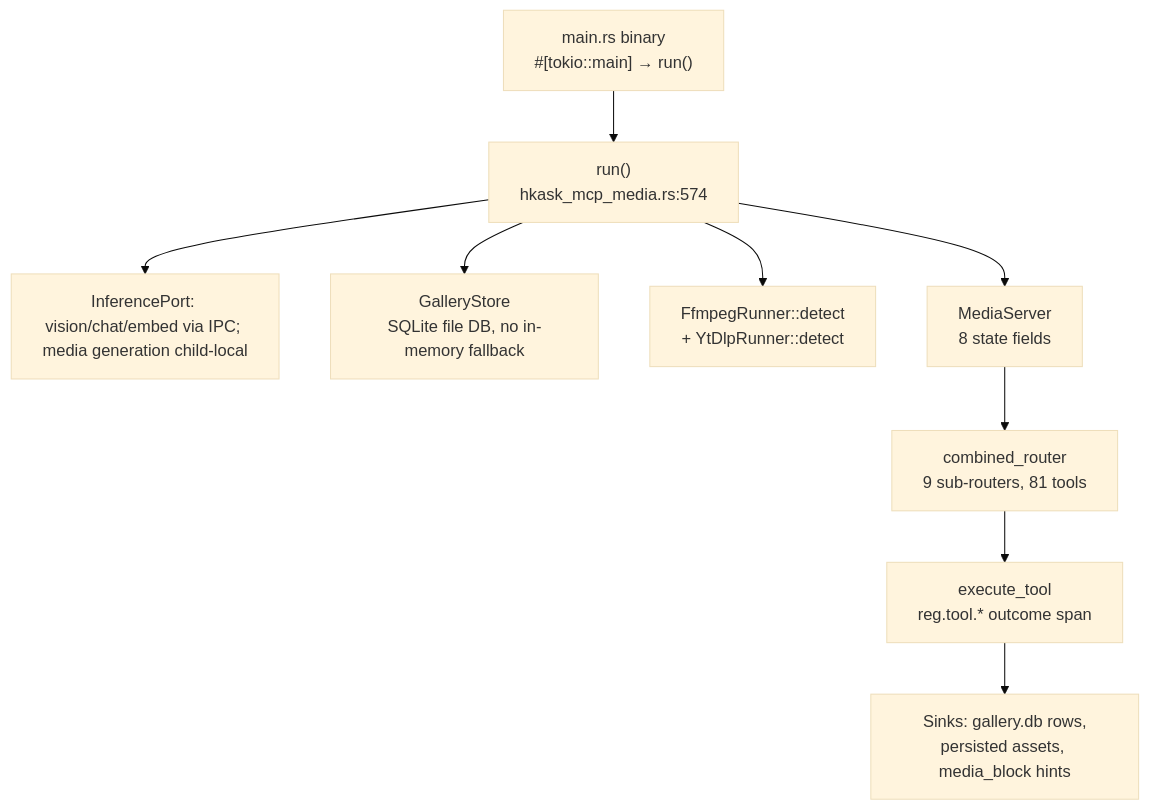
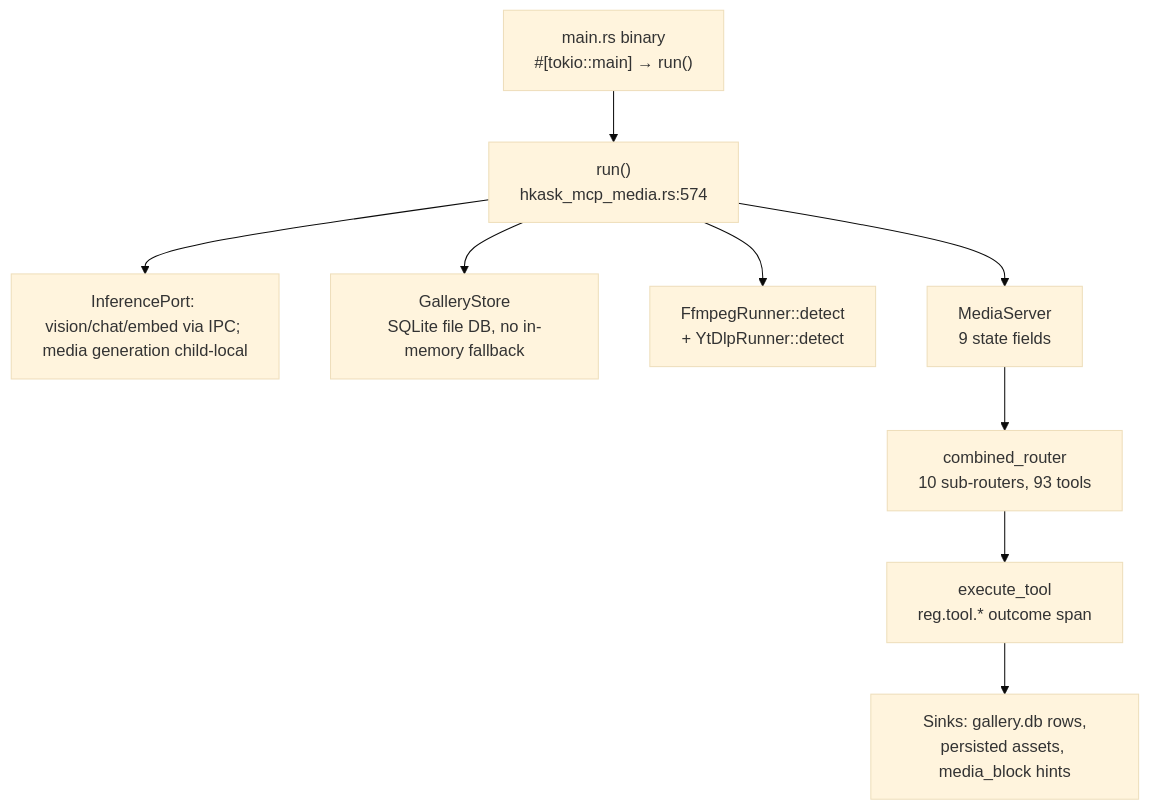
One commit to mdz-axo/zed-kask changed the diagram in kask/docs/reference/mcp-servers/media.md. Above: the diagram before and after it, drawn with Mermaid (base theme). The commit also changed other lines of this file and 6 other files, not shown here.

````diff
--- a/kask/docs/reference/mcp-servers/media.md
+++ b/kask/docs/reference/mcp-servers/media.md
@@ -24,21 +23,21 @@
 ```mermaid
 flowchart TD
     binary["main.rs binary<br/>#[tokio::main] → run()"]
     run["run()<br/>hkask_mcp_media.rs:574"]
     port["InferencePort: vision/chat/embed via IPC; media generation child-local"]
     db["GalleryStore<br/>SQLite file DB, no in-memory fallback"]
     ffmpeg["FfmpegRunner::detect<br/>+ YtDlpRunner::detect"]
-    server["MediaServer<br/>8 state fields"]
-    router["combined_router<br/>9 sub-routers, 81 tools"]
+    server["MediaServer<br/>9 state fields"]
+    router["combined_router<br/>10 sub-routers, 93 tools"]
     dispatch["execute_tool<br/>reg.tool.* outcome span"]
     sinks["Sinks: gallery.db rows,<br/>persisted assets, media_block hints"]
 
     binary --> run
     run --> port
     run --> db
     run --> ffmpeg
     run --> server
     server --> router
     router --> dispatch
     dispatch --> sinks
 ```
````
